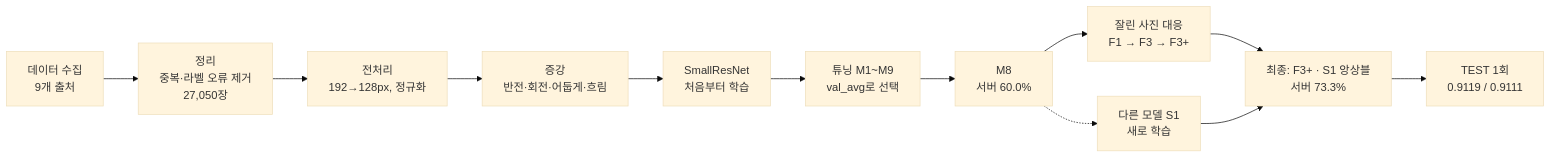
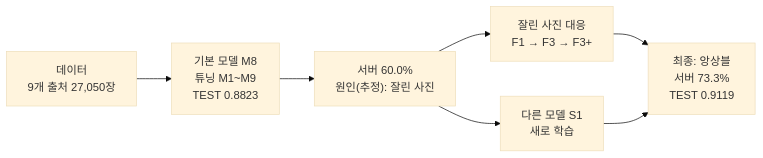
Before and after one commit to AnSeokHyeon1212/Garbage_Classification: the first of 5 diagrams in README.md, drawn with Mermaid (base theme). The commit also changed other lines of this file, not shown here.

````diff
--- a/README.md
+++ b/README.md
@@ -17,14 +44,9 @@
 ```mermaid
 flowchart LR
-    A["데이터 수집<br/>9개 출처"] --> B["정리<br/>중복·라벨 오류 제거<br/>27,050장"]
-    B --> C["전처리<br/>192→128px, 정규화"]
-    C --> D["증강<br/>반전·회전·어둡게·흐림"]
-    D --> E["SmallResNet<br/>처음부터 학습"]
-    E --> F["튜닝 M1~M9<br/>val_avg로 선택"]
-    F --> G["M8<br/>서버 60.0%"]
-    G --> I["잘린 사진 대응<br/>F1 → F3 → F3+"]
-    G -.-> J["다른 모델 S1<br/>새로 학습"]
-    I --> K["최종: F3+ · S1 앙상블<br/>서버 73.3%"]
-    J --> K
-    K --> H["TEST 1회<br/>0.9119 / 0.9111"]
+    A["데이터<br/>9개 출처 27,050장"] --> B["기본 모델 M8<br/>튜닝 M1~M9<br/>TEST 0.8823"]
+    B --> C["서버 60.0%<br/>원인(추정): 잘린 사진"]
+    C --> D["잘린 사진 대응<br/>F1 → F3 → F3+"]
+    C --> E["다른 모델 S1<br/>새로 학습"]
+    D --> F["최종: 앙상블<br/>서버 73.3%<br/>TEST 0.9119"]
+    E --> F
 ```
````
